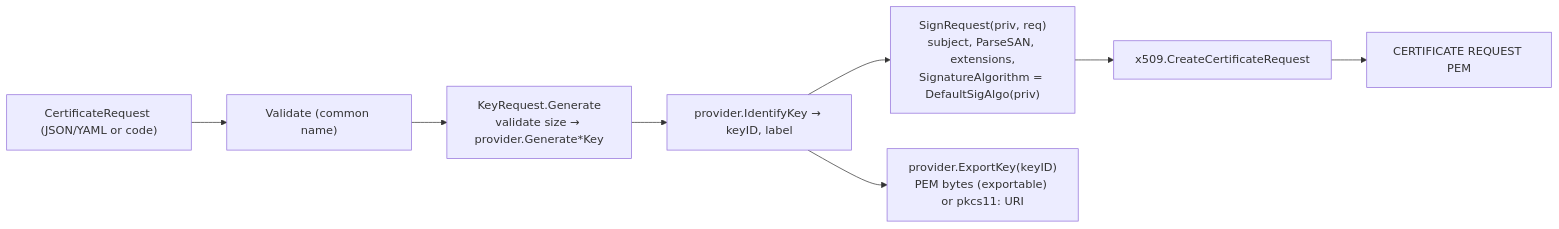
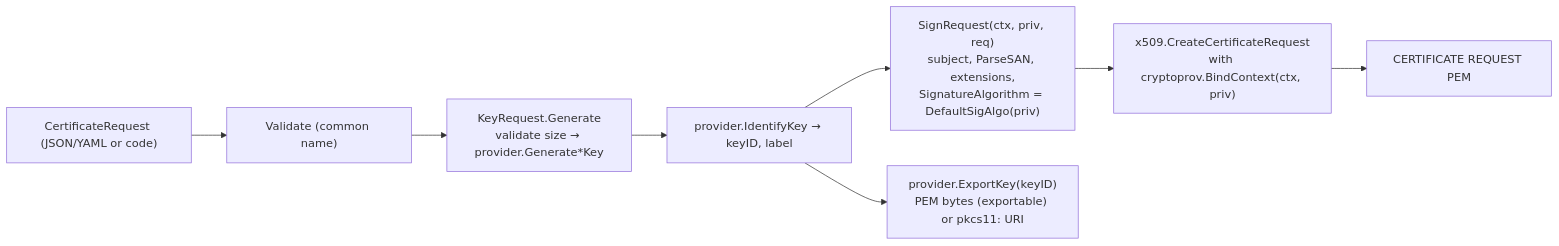
Before and after one commit to effective-security/xpki: the diagram in Documentation/design/csr.md, drawn with Mermaid. The commit also changed 72 other files, not shown here.

````diff
--- a/Documentation/design/csr.md
+++ b/Documentation/design/csr.md
@@ -31,10 +31,10 @@
 ```mermaid
 flowchart LR
     R["CertificateRequest (JSON/YAML or code)"] --> V["Validate (common name)"]
     V --> G["KeyRequest.Generate<br/>validate size → provider.Generate*Key"]
     G --> I["provider.IdentifyKey → keyID, label"]
-    I --> S["SignRequest(priv, req)<br/>subject, ParseSAN, extensions,<br/>SignatureAlgorithm = DefaultSigAlgo(priv)"]
-    S --> X["x509.CreateCertificateRequest"]
+    I --> S["SignRequest(ctx, priv, req)<br/>subject, ParseSAN, extensions,<br/>SignatureAlgorithm = DefaultSigAlgo(priv)"]
+    S --> X["x509.CreateCertificateRequest<br/>with cryptoprov.BindContext(ctx, priv)"]
     X --> PEM["CERTIFICATE REQUEST PEM"]
     I --> E["provider.ExportKey(keyID)<br/>PEM bytes (exportable) or pkcs11: URI"]
 ```
````
